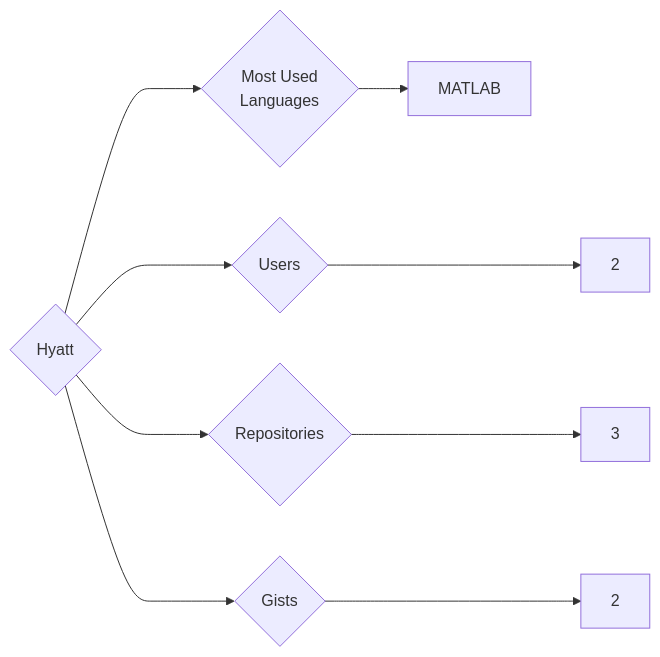
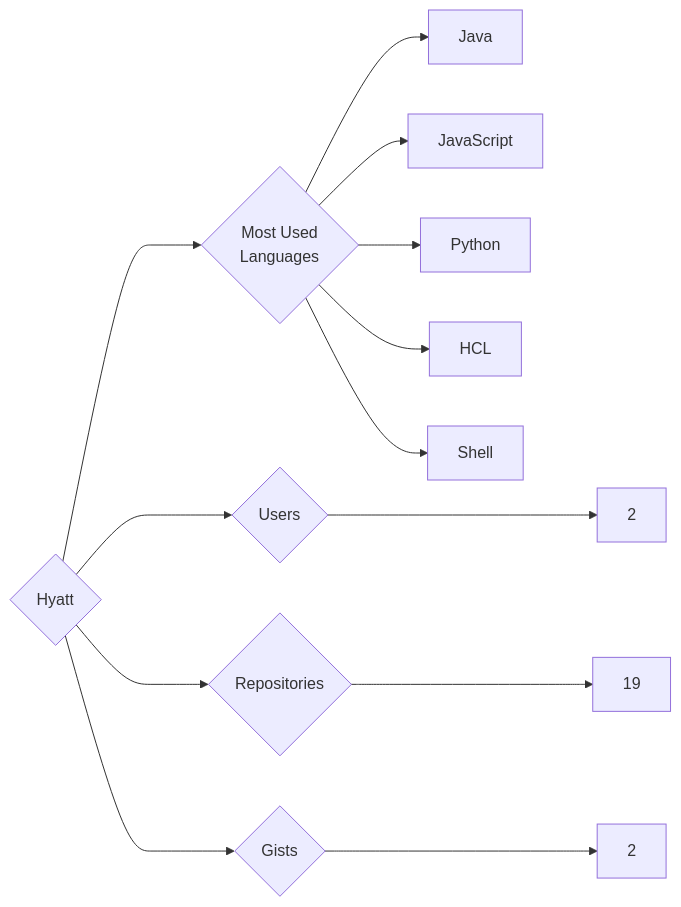
Before and after one commit to trickest/insiders: the diagram in targets/Hyatt/README.md, drawn with Mermaid. The commit also changed 985 other files, not shown here.

````diff
--- a/targets/Hyatt/README.md
+++ b/targets/Hyatt/README.md
@@ -3,9 +3,13 @@
 ```mermaid
 graph LR
 COMPANY_NAME{Hyatt}
 COMPANY_NAME ---> U{Users} ---> UN[2]
-COMPANY_NAME ---> R{Repositories} ---> RN[3]
+COMPANY_NAME ---> R{Repositories} ---> RN[19]
 COMPANY_NAME ---> G{Gists} ---> GN[2]
 COMPANY_NAME ---> ML{Most Used<br>Languages}
-ML --> MATLAB[MATLAB]
+ML --> Java[Java]
+ML --> JavaScript[JavaScript]
+ML --> Python[Python]
+ML --> HCL[HCL]
+ML --> Shell[Shell]
 ```
````
